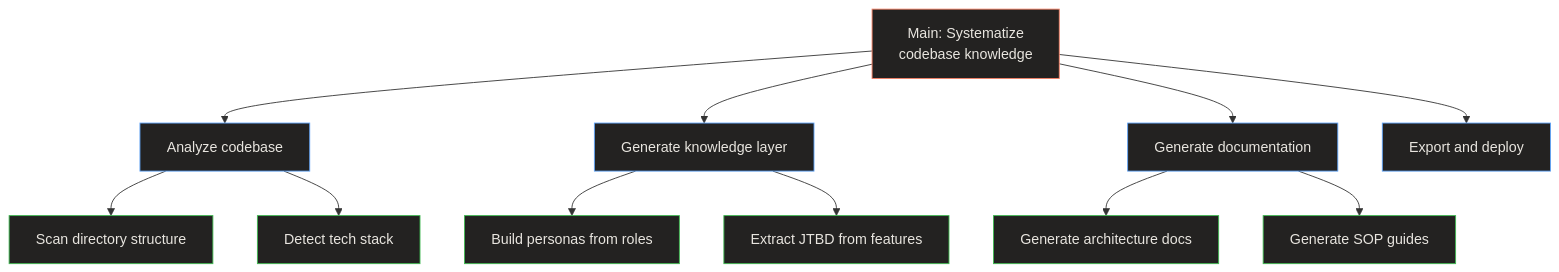
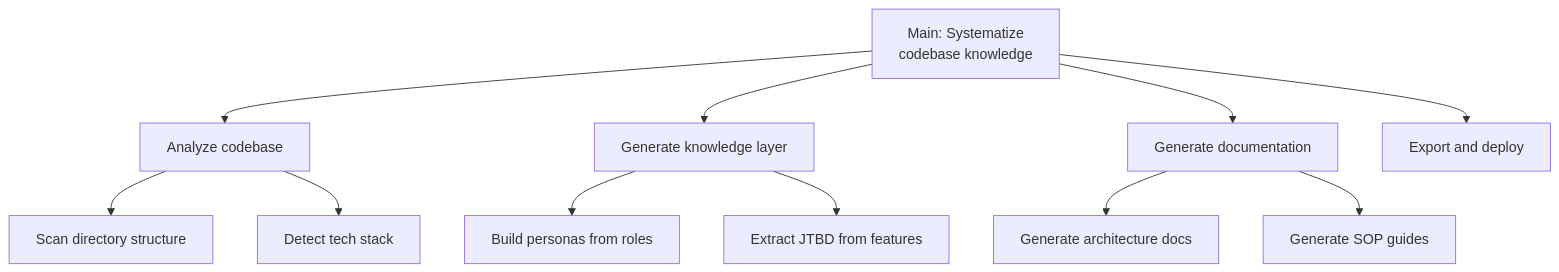
The diagram in astro-site/src/content/docs/jtbd/systematize-knowledge.md (relukdev/doc-kit), drawn with Mermaid before and after one commit. The commit also changed 48 other files, not shown here.

First line of the commit message:
fix: remove hard-coded Mermaid dark-mode colors, use native themes for light/dark

````diff
--- a/astro-site/src/content/docs/jtbd/systematize-knowledge.md
+++ b/astro-site/src/content/docs/jtbd/systematize-knowledge.md
@@ -50,32 +50,21 @@
 ```mermaid
 graph TB
-    style MJ fill:#232221,stroke:#f78166,color:#E8E5DF
-    style SJ1 fill:#232221,stroke:#60A5FA,color:#E8E5DF
-    style SJ2 fill:#232221,stroke:#60A5FA,color:#E8E5DF
-    style SJ3 fill:#232221,stroke:#60A5FA,color:#E8E5DF
-    style SJ4 fill:#232221,stroke:#60A5FA,color:#E8E5DF
-    style MJ1 fill:#232221,stroke:#3fb950,color:#E8E5DF
-    style MJ2 fill:#232221,stroke:#3fb950,color:#E8E5DF
-    style MJ3 fill:#232221,stroke:#3fb950,color:#E8E5DF
-    style MJ4 fill:#232221,stroke:#3fb950,color:#E8E5DF
-    style MJ5 fill:#232221,stroke:#3fb950,color:#E8E5DF
-    style MJ6 fill:#232221,stroke:#3fb950,color:#E8E5DF
 
     MJ["Main: Systematize\ncodebase knowledge"]
     SJ1["Analyze codebase"]
     SJ2["Generate knowledge layer"]
     SJ3["Generate documentation"]
     SJ4["Export and deploy"]
 
     MJ --> SJ1
     MJ --> SJ2
     MJ --> SJ3
     MJ --> SJ4
 
     SJ1 --> MJ1["Scan directory structure"]
     SJ1 --> MJ2["Detect tech stack"]
     SJ2 --> MJ3["Build personas from roles"]
     SJ2 --> MJ4["Extract JTBD from features"]
     SJ3 --> MJ5["Generate architecture docs"]
     SJ3 --> MJ6["Generate SOP guides"]
 ```
````
